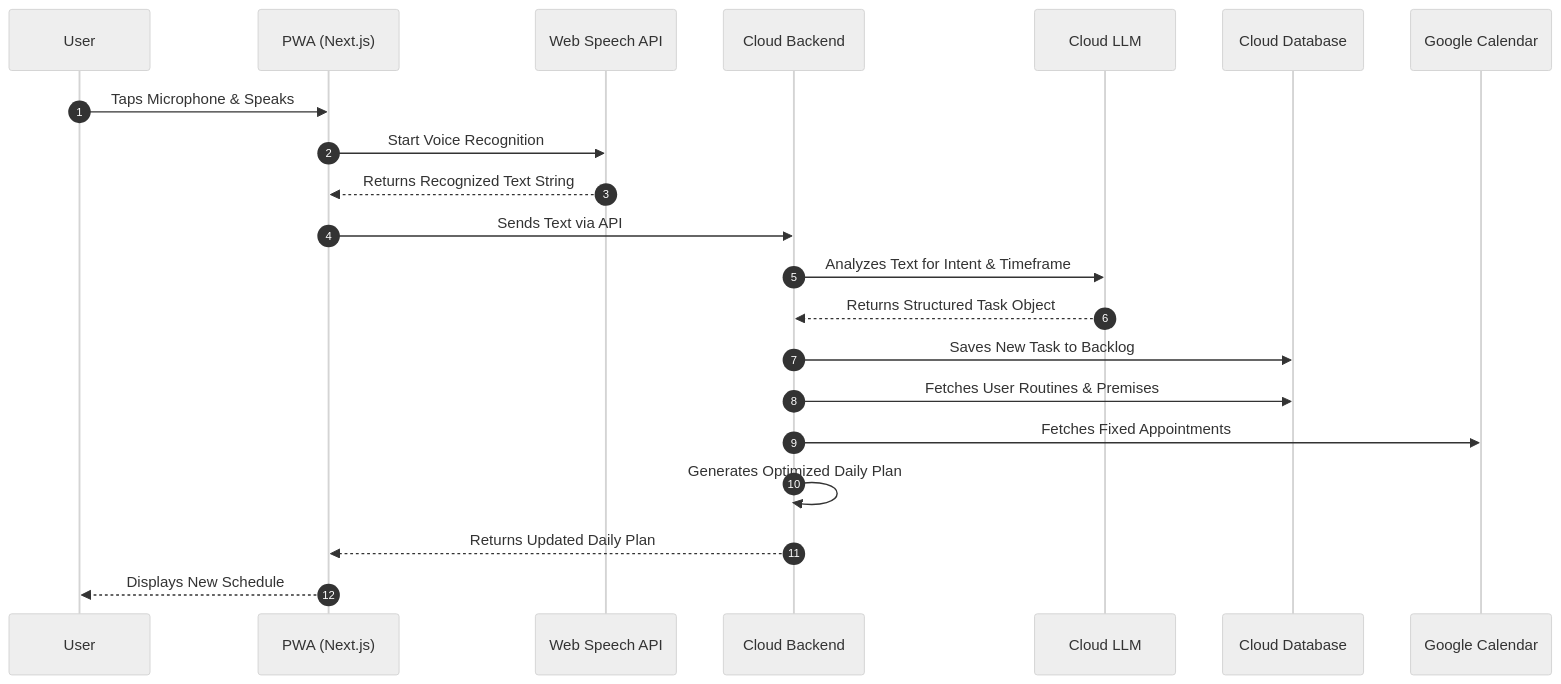
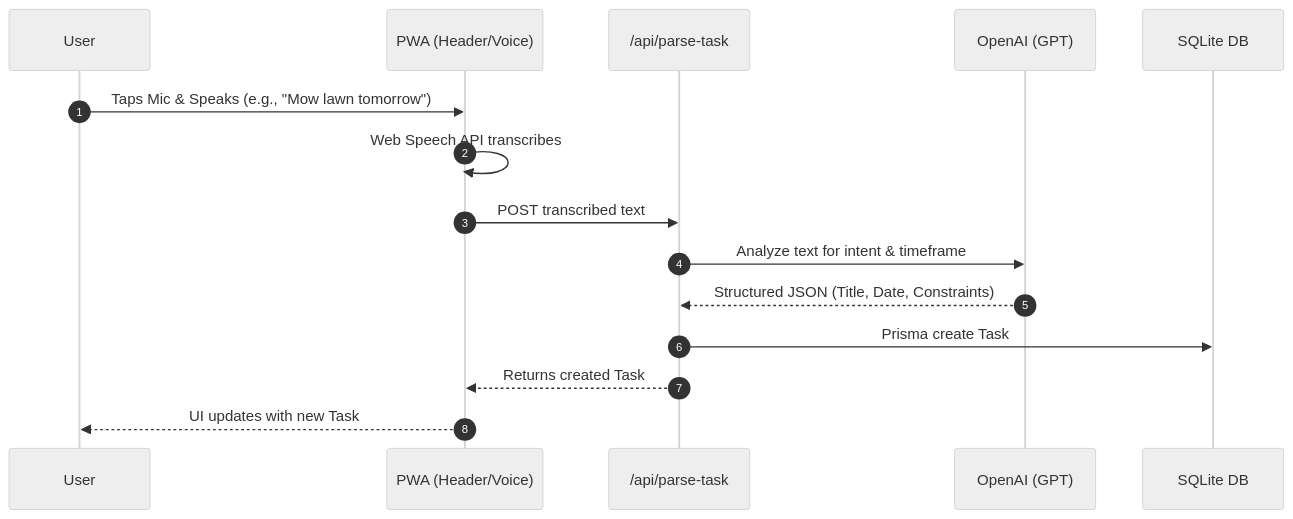
The second of 3 diagrams in docs/architecture.md (chistianpampus/make-my-day), drawn with Mermaid (neutral theme) before and after one commit. The commit also changed other lines of this file and 10 other files, not shown here.

````diff
--- a/docs/architecture.md
+++ b/docs/architecture.md
@@ -43,24 +88,18 @@
 ```mermaid
 sequenceDiagram
     autonumber
     participant User
-    participant PWA as PWA (Next.js)
-    participant Speech as Web Speech API
-    participant Backend as Cloud Backend
-    participant LLM as Cloud LLM
-    participant DB as Cloud Database
-    participant GC as Google Calendar
+    participant UI as PWA (Header/Voice)
+    participant API as /api/parse-task
+    participant LLM as OpenAI (GPT)
+    participant DB as SQLite DB
 
-    User->>PWA: Taps Microphone & Speaks
-    PWA->>Speech: Start Voice Recognition
-    Speech-->>PWA: Returns Recognized Text String
-    PWA->>Backend: Sends Text via API
-    Backend->>LLM: Analyzes Text for Intent & Timeframe
-    LLM-->>Backend: Returns Structured Task Object
-    Backend->>DB: Saves New Task to Backlog
-    Backend->>DB: Fetches User Routines & Premises
-    Backend->>GC: Fetches Fixed Appointments
-    Backend->>Backend: Generates Optimized Daily Plan
-    Backend-->>PWA: Returns Updated Daily Plan
-    PWA-->>User: Displays New Schedule
+    User->>UI: Taps Mic & Speaks (e.g., "Mow lawn tomorrow")
+    UI->>UI: Web Speech API transcribes
+    UI->>API: POST transcribed text
+    API->>LLM: Analyze text for intent & timeframe
+    LLM-->>API: Structured JSON (Title, Date, Constraints)
+    API->>DB: Prisma create Task
+    API-->>UI: Returns created Task
+    UI-->>User: UI updates with new Task
 ```
````
